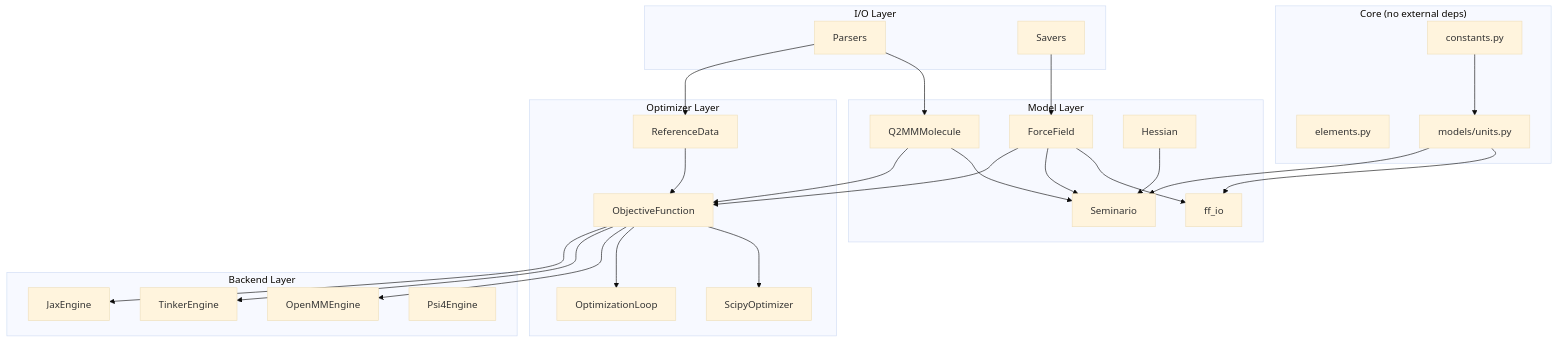
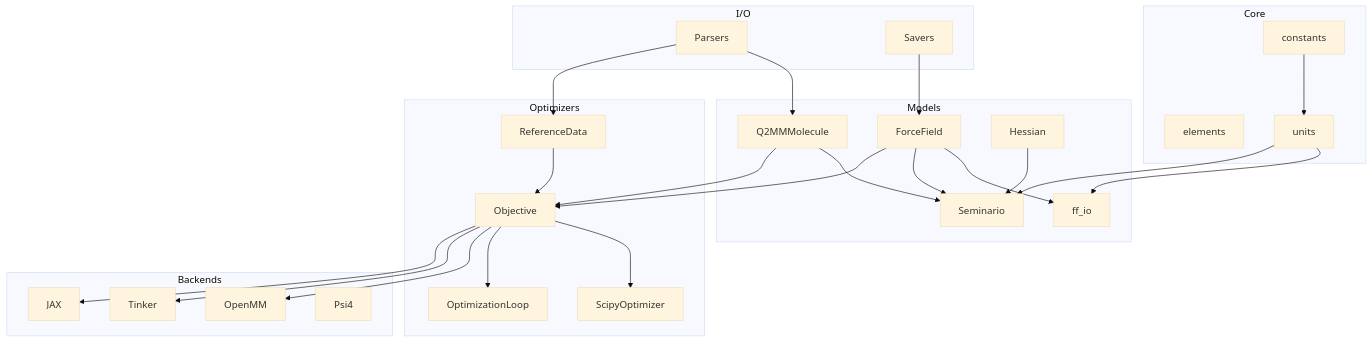
The first of 2 diagrams in docs/architecture.md (ericchansen/q2mm), drawn with Mermaid (base theme) before and after one commit. The commit also changed other lines of this file and 8 other files, not shown here.

First line of the commit message:
docs: standardize mermaid diagrams and add per-backend pages

````diff
--- a/docs/architecture.md
+++ b/docs/architecture.md
@@ -173,57 +173,57 @@
 ```mermaid
 flowchart TD
-    subgraph Core["Core (no external deps)"]
-        constants[constants.py]
-        elements[elements.py]
-        units[models/units.py]
+    subgraph Core["Core"]
+        constants[constants]
+        elements[elements]
+        units[units]
     end
 
-    subgraph Models["Model Layer"]
+    subgraph Models["Models"]
         ff[ForceField]
         mol[Q2MMMolecule]
         hess[Hessian]
         ffio[ff_io]
         sem[Seminario]
     end
 
-    subgraph Opt["Optimizer Layer"]
-        obj[ObjectiveFunction]
+    subgraph Opt["Optimizers"]
+        obj[Objective]
         ref[ReferenceData]
         scipy[ScipyOptimizer]
         cycling[OptimizationLoop]
     end
 
-    subgraph Engines["Backend Layer"]
-        omm[OpenMMEngine]
-        tk[TinkerEngine]
-        jax[JaxEngine]
-        psi4[Psi4Engine]
+    subgraph Engines["Backends"]
+        omm[OpenMM]
+        tk[Tinker]
+        jax[JAX]
+        psi4[Psi4]
     end
 
-    subgraph IO["I/O Layer"]
+    subgraph IO["I/O"]
         parsers[Parsers]
         savers[Savers]
     end
 
     constants --> units
     units --> ffio
     units --> sem
     ff --> ffio
     ff --> sem
     mol --> sem
     hess --> sem
 
     ff --> obj
     ref --> obj
     mol --> obj
     obj --> scipy
     obj --> cycling
 
     obj --> omm
     obj --> tk
     obj --> jax
 
     parsers --> mol
     parsers --> ref
     savers --> ff
 ```
````
